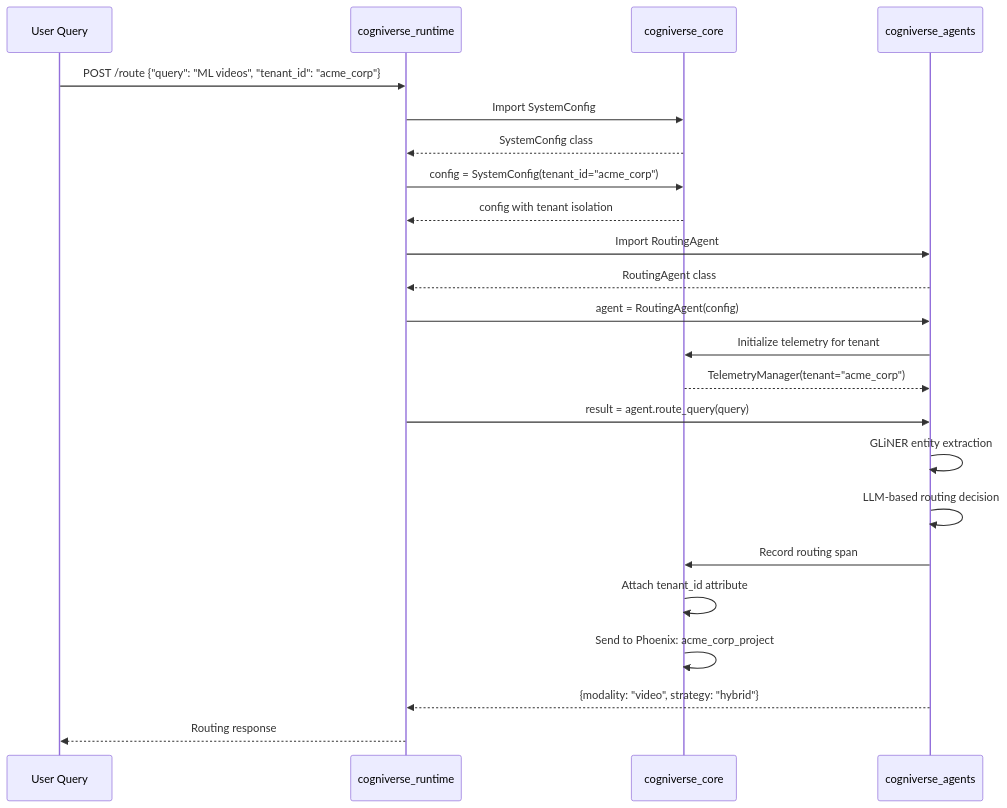
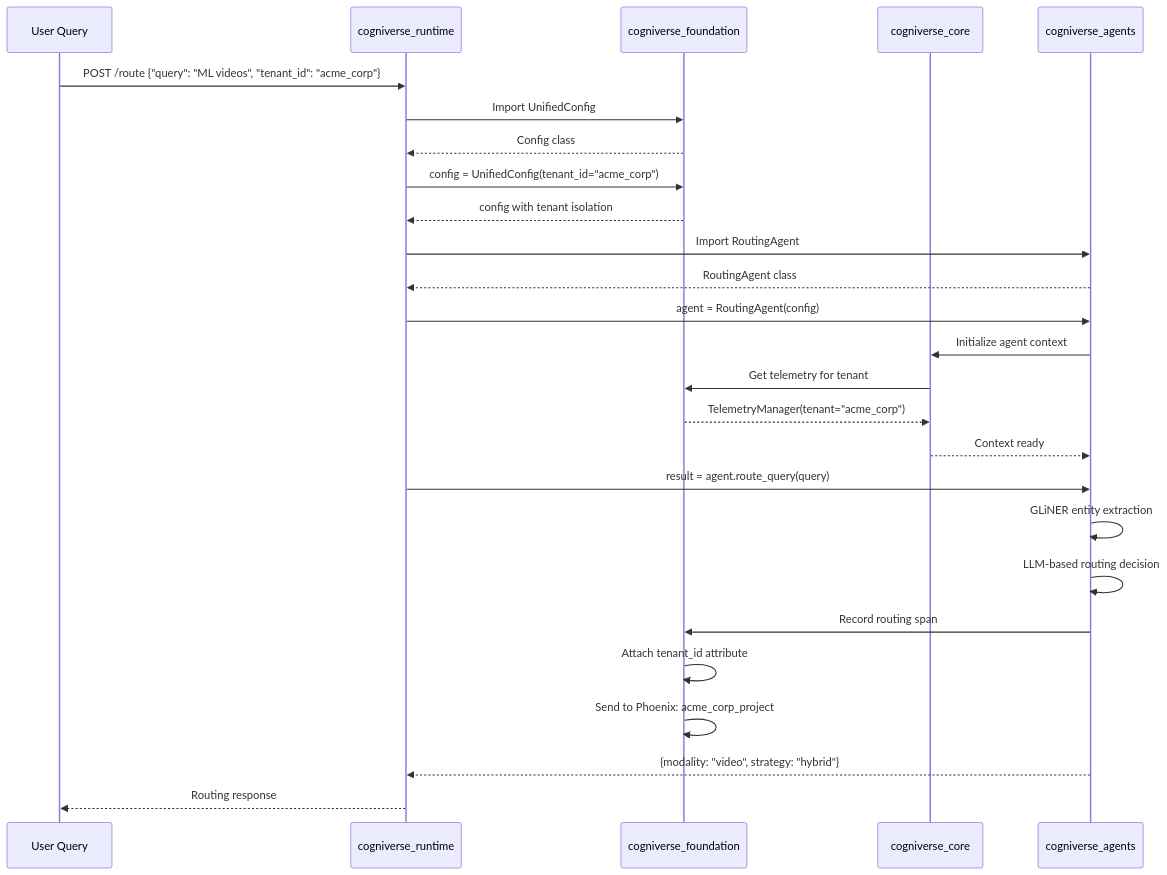
Before and after one commit to amit-jain/cogniverse: the ninth of 17 diagrams in docs/diagrams/sdk-architecture-diagrams.md, drawn with Mermaid. The commit also changed other lines of this file and 49 other files, not shown here.

First line of the commit message:
Update all documentation to reflect 10-package architecture

````diff
--- a/docs/diagrams/sdk-architecture-diagrams.md
+++ b/docs/diagrams/sdk-architecture-diagrams.md
@@ -312,33 +469,36 @@
 ```mermaid
 sequenceDiagram
     participant User as User Query
     participant Runtime as cogniverse_runtime
+    participant Foundation as cogniverse_foundation
     participant Core as cogniverse_core
     participant Agents as cogniverse_agents
 
     User->>Runtime: POST /route {"query": "ML videos", "tenant_id": "acme_corp"}
 
-    Runtime->>Core: Import SystemConfig
-    Core-->>Runtime: SystemConfig class
+    Runtime->>Foundation: Import UnifiedConfig
+    Foundation-->>Runtime: Config class
 
-    Runtime->>Core: config = SystemConfig(tenant_id="acme_corp")
-    Core-->>Runtime: config with tenant isolation
+    Runtime->>Foundation: config = UnifiedConfig(tenant_id="acme_corp")
+    Foundation-->>Runtime: config with tenant isolation
 
     Runtime->>Agents: Import RoutingAgent
     Agents-->>Runtime: RoutingAgent class
 
     Runtime->>Agents: agent = RoutingAgent(config)
-    Agents->>Core: Initialize telemetry for tenant
-    Core-->>Agents: TelemetryManager(tenant="acme_corp")
+    Agents->>Core: Initialize agent context
+    Core->>Foundation: Get telemetry for tenant
+    Foundation-->>Core: TelemetryManager(tenant="acme_corp")
+    Core-->>Agents: Context ready
 
     Runtime->>Agents: result = agent.route_query(query)
     Agents->>Agents: GLiNER entity extraction
     Agents->>Agents: LLM-based routing decision
 
-    Agents->>Core: Record routing span
-    Core->>Core: Attach tenant_id attribute
-    Core->>Core: Send to Phoenix: acme_corp_project
+    Agents->>Foundation: Record routing span
+    Foundation->>Foundation: Attach tenant_id attribute
+    Foundation->>Foundation: Send to Phoenix: acme_corp_project
 
     Agents-->>Runtime: {modality: "video", strategy: "hybrid"}
     Runtime-->>User: Routing response
 ```
````
